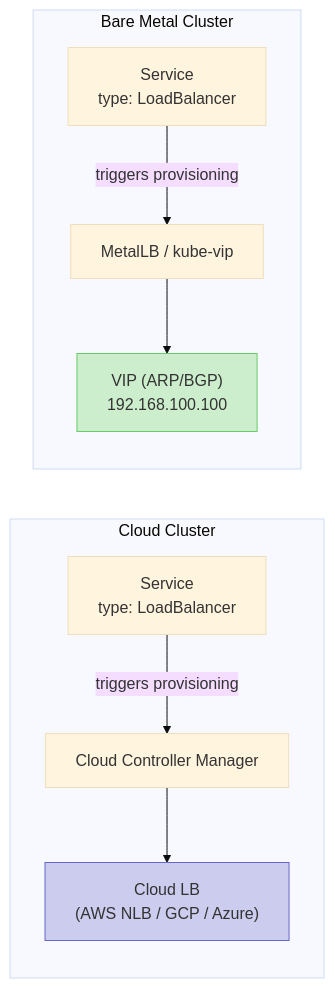
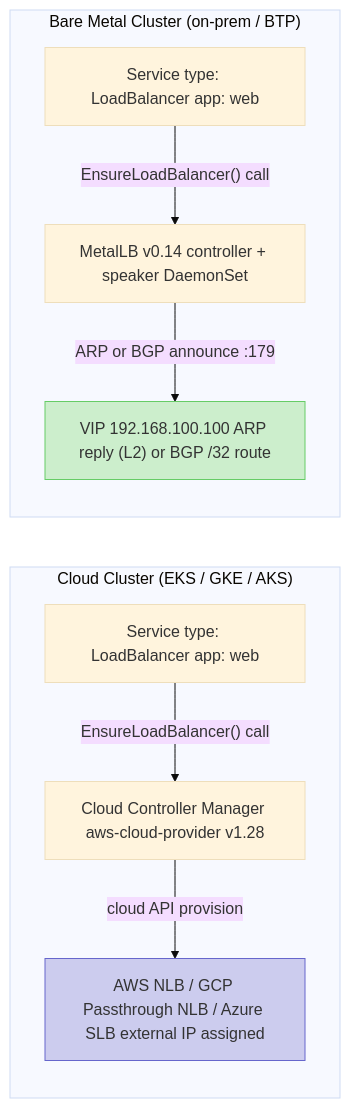
Before and after one commit to MykolaLebid/Kubernetes_networking_engineering: the first of 2 diagrams in lessons/19-metallb-kube-vip.md, drawn with Mermaid (base theme). The commit also changed other lines of this file and 35 other files, not shown here.

First line of the commit message:
Restructure all 34 lessons: Theory/Practice split, richer diagrams, industry examples, navigation

````diff
--- a/lessons/19-metallb-kube-vip.md
+++ b/lessons/19-metallb-kube-vip.md
@@ -61,19 +28,19 @@
 ```mermaid
 flowchart LR
-    subgraph cloud["Cloud Cluster"]
-        SVC1["Service\ntype: LoadBalancer"]
-        CCM["Cloud Controller Manager"]
-        CLB["Cloud LB\n(AWS NLB / GCP / Azure)"]
+    subgraph cloud["Cloud Cluster (EKS / GKE / AKS)"]
+        SVC1["Service type: LoadBalancer app: web"]
+        CCM["Cloud Controller Manager aws-cloud-provider v1.28"]
+        CLB["AWS NLB / GCP Passthrough NLB / Azure SLB external IP assigned"]
     end
-    subgraph bare["Bare Metal Cluster"]
-        SVC2["Service\ntype: LoadBalancer"]
-        MLB["MetalLB / kube-vip"]
-        VIP["VIP (ARP/BGP)\n192.168.100.100"]
+    subgraph bare["Bare Metal Cluster (on-prem / BTP)"]
+        SVC2["Service type: LoadBalancer app: web"]
+        MLB["MetalLB v0.14 controller + speaker DaemonSet"]
+        VIP["VIP 192.168.100.100 ARP reply (L2) or BGP /32 route"]
     end
 
-    SVC1 -->|"triggers provisioning"| CCM --> CLB
-    SVC2 -->|"triggers provisioning"| MLB --> VIP
+    SVC1 --"EnsureLoadBalancer() call"--> CCM --"cloud API provision"--> CLB
+    SVC2 --"EnsureLoadBalancer() call"--> MLB --"ARP or BGP announce :179"--> VIP
 
     style CLB fill:#cce,stroke:#66c
     style VIP fill:#cec,stroke:#6c6
 ```
````
